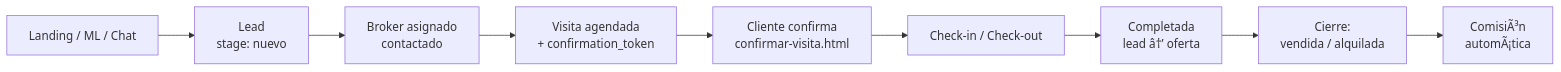
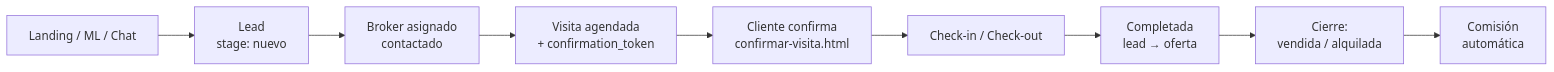
One commit to facuherrera23/BH-OFICIAL changed the fourth of 4 diagrams in README.md. Above: the diagram before and after it, drawn with Mermaid. The commit also changed other lines of this file, not shown here.

````diff
--- a/README.md
+++ b/README.md
@@ -851,11 +848,11 @@
 ```mermaid
 flowchart LR
     A[Landing / ML / Chat] --> B[Lead<br/>stage: nuevo]
     B --> C[Broker asignado<br/>contactado]
     C --> D[Visita agendada<br/>+ confirmation_token]
     D --> E[Cliente confirma<br/>confirmar-visita.html]
     E --> F[Check-in / Check-out]
-    F --> G[Completada<br/>lead â†’ oferta]
+    F --> G[Completada<br/>lead → oferta]
     G --> H[Cierre:<br/>vendida / alquilada]
-    H --> I[ComisiÃ³n<br/>automÃ¡tica]
+    H --> I[Comisión<br/>automática]
 ```
````
